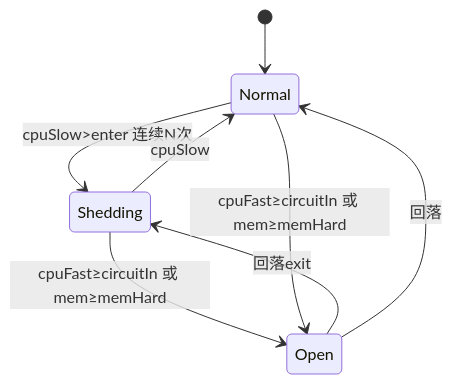
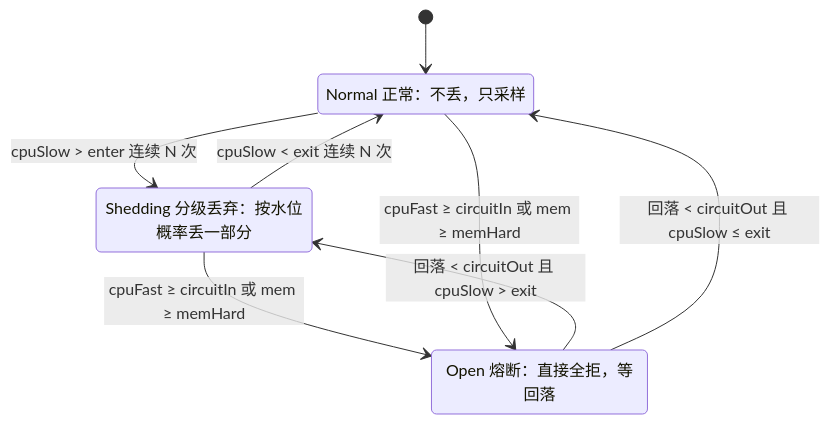
One commit to ZhuoZhuoCrayon/ai-workspace changed the eighth of 9 diagrams in knowledge/bkmonitor-datalink/issues/2026-06-10-collector-adaptive-throttling/PREPLAN.md. Above: the diagram before and after it, drawn with Mermaid. The commit also changed other lines of this file, not shown here.

````diff
--- a/knowledge/bkmonitor-datalink/issues/2026-06-10-collector-adaptive-throttling/PREPLAN.md
+++ b/knowledge/bkmonitor-datalink/issues/2026-06-10-collector-adaptive-throttling/PREPLAN.md
@@ -229,10 +468,13 @@
 ```mermaid
 stateDiagram-v2
+    state "Normal 正常：不丢，只采样" as Normal
+    state "Shedding 分级丢弃：按水位概率丢一部分" as Shedding
+    state "Open 熔断：直接全拒，等回落" as Open
     [*] --> Normal
-    Normal --> Shedding: cpuSlow>enter 连续N次
-    Shedding --> Normal: cpuSlow<exit 连续N次
-    Shedding --> Open: cpuFast≥circuitIn 或 mem≥memHard
-    Normal --> Open: cpuFast≥circuitIn 或 mem≥memHard
-    Open --> Shedding: 回落<circuitOut 且 cpuSlow>exit
-    Open --> Normal: 回落<circuitOut 且 cpuSlow≤exit
+    Normal --> Shedding: cpuSlow > enter 连续 N 次
+    Shedding --> Normal: cpuSlow < exit 连续 N 次
+    Shedding --> Open: cpuFast ≥ circuitIn 或 mem ≥ memHard
+    Normal --> Open: cpuFast ≥ circuitIn 或 mem ≥ memHard
+    Open --> Shedding: 回落 < circuitOut 且 cpuSlow > exit
+    Open --> Normal: 回落 < circuitOut 且 cpuSlow ≤ exit
 ```
````
